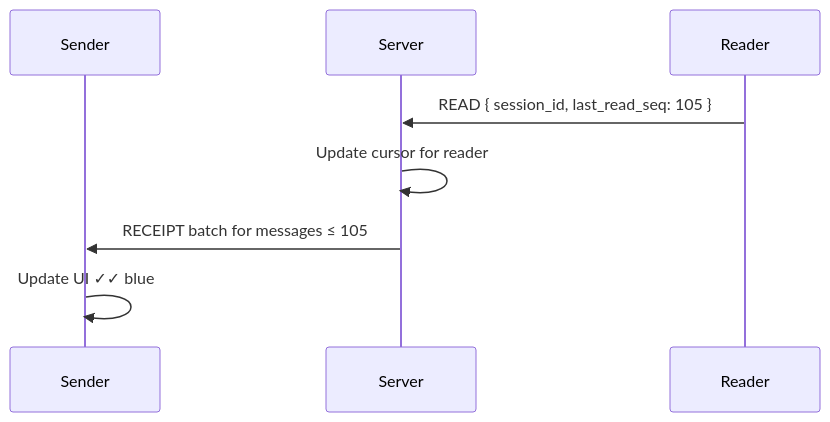
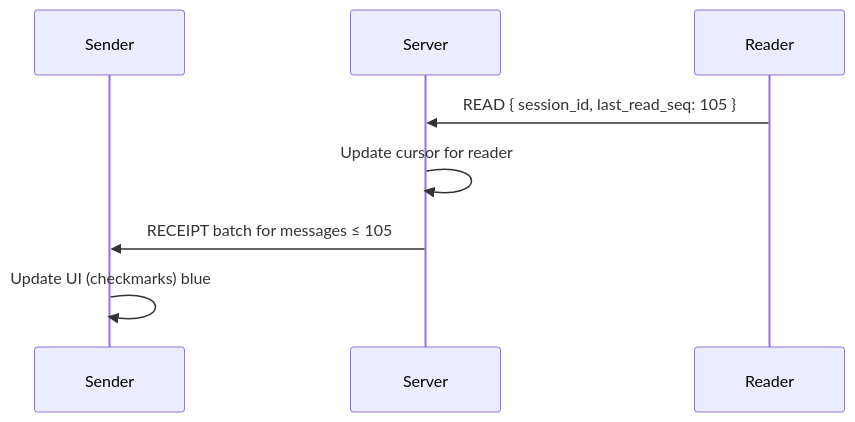
Before and after one commit to billywr/system-design: diagram 11 of 13 in 02-messaging-realtime/04-design-whatsapp.md, drawn with Mermaid. The commit also changed other lines of this file and 39 other files, not shown here.

````diff
--- a/02-messaging-realtime/04-design-whatsapp.md
+++ b/02-messaging-realtime/04-design-whatsapp.md
@@ -818,11 +818,11 @@
 ```mermaid
 sequenceDiagram
     participant S as Sender
     participant SV as Server
     participant R as Reader
 
     R->>SV: READ { session_id, last_read_seq: 105 }
     SV->>SV: Update cursor for reader
     SV->>S: RECEIPT batch for messages ≤ 105
-    S->>S: Update UI ✓✓ blue
+    S->>S: Update UI (checkmarks) blue
 ```
````
